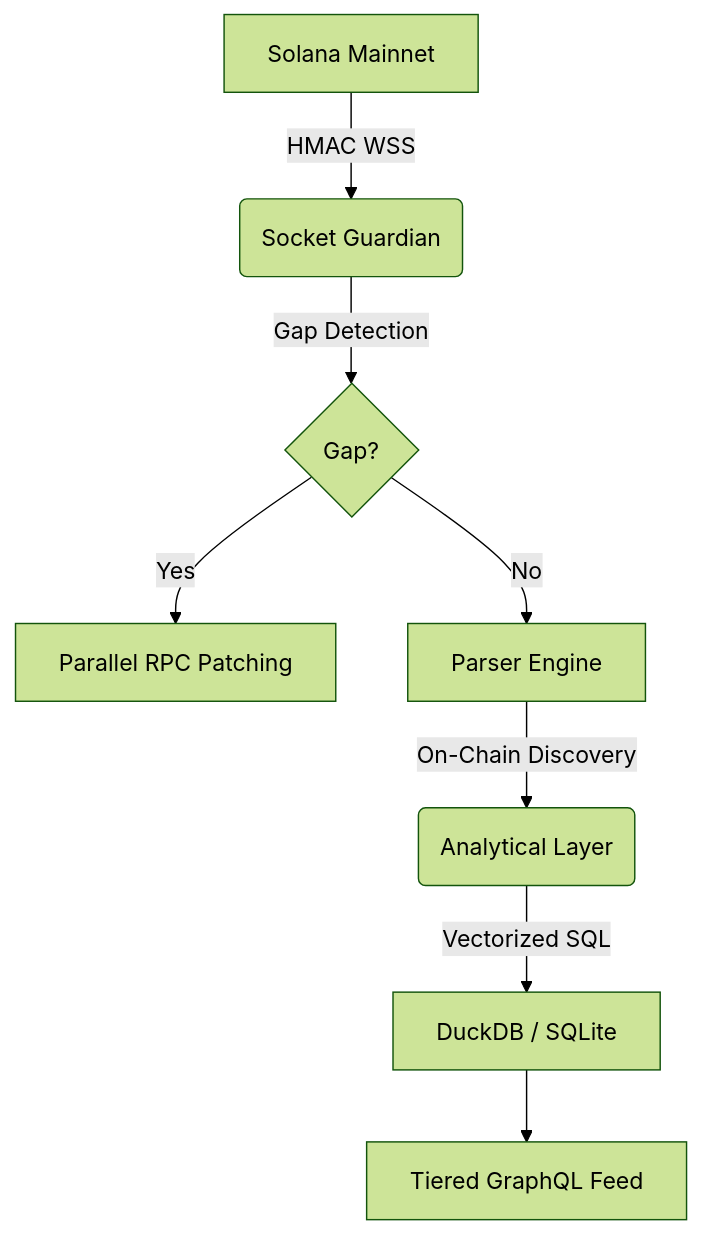
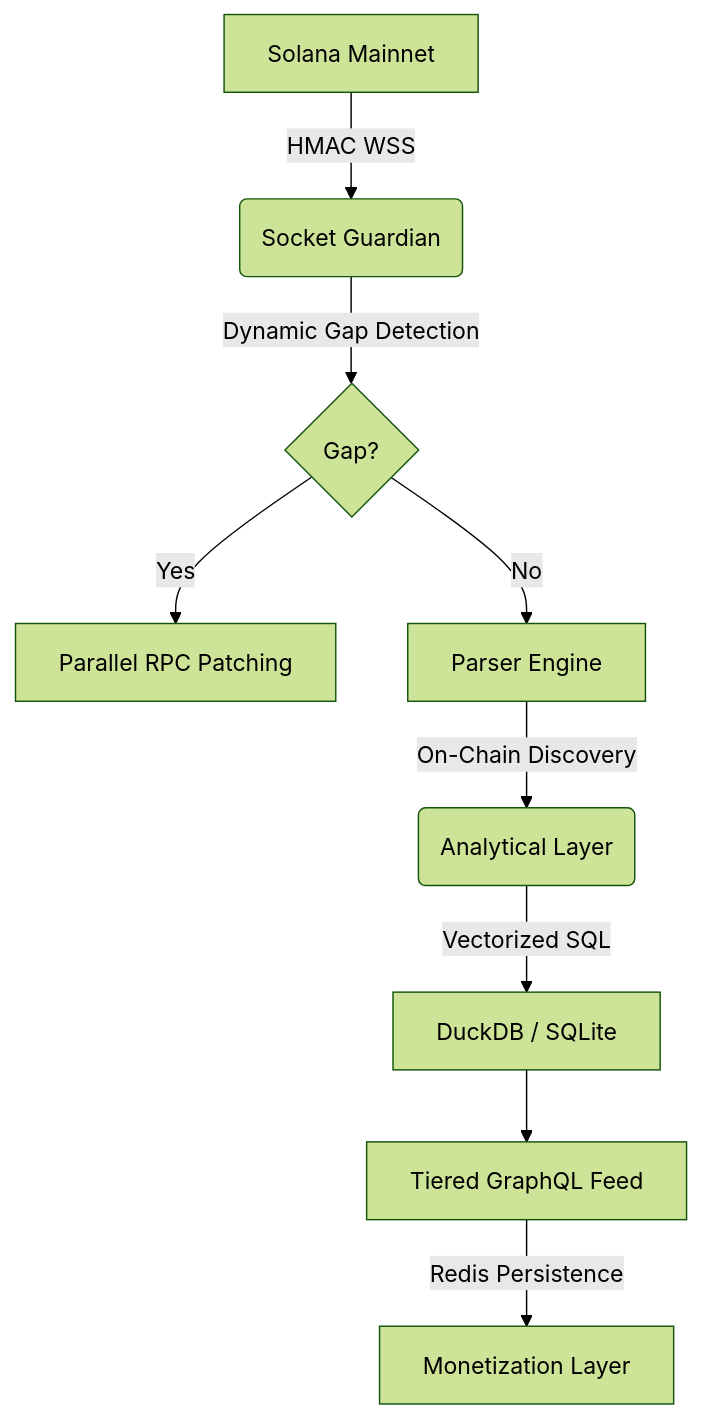
The diagram in README.md (RYthaGOD/Aether-Index), drawn with Mermaid (forest theme) before and after one commit. The commit also changed other lines of this file and 3 other files, not shown here.

Commit message:
Institutional Hardening: Redis Rate Limiting & Dynamic Gap Patching (A+ Grade Reached)

````diff
--- a/README.md
+++ b/README.md
@@ -33,10 +33,11 @@
 ```mermaid
 graph TD
     A[Solana Mainnet] -- HMAC WSS --> B(Socket Guardian)
-    B -- Gap Detection --> C{Gap?}
+    B -- Dynamic Gap Detection --> C{Gap?}
     C -- Yes --> D[Parallel RPC Patching]
     C -- No --> E[Parser Engine]
     E -- On-Chain Discovery --> F(Analytical Layer)
     F -- Vectorized SQL --> G[DuckDB / SQLite]
     G --> H[Tiered GraphQL Feed]
+    H -- Redis Persistence --> I[Monetization Layer]
 ```
````
